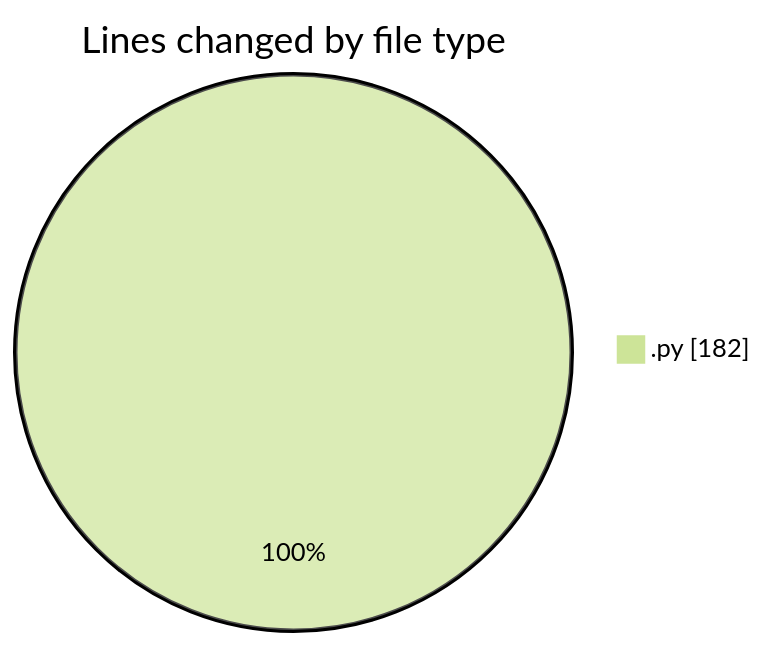
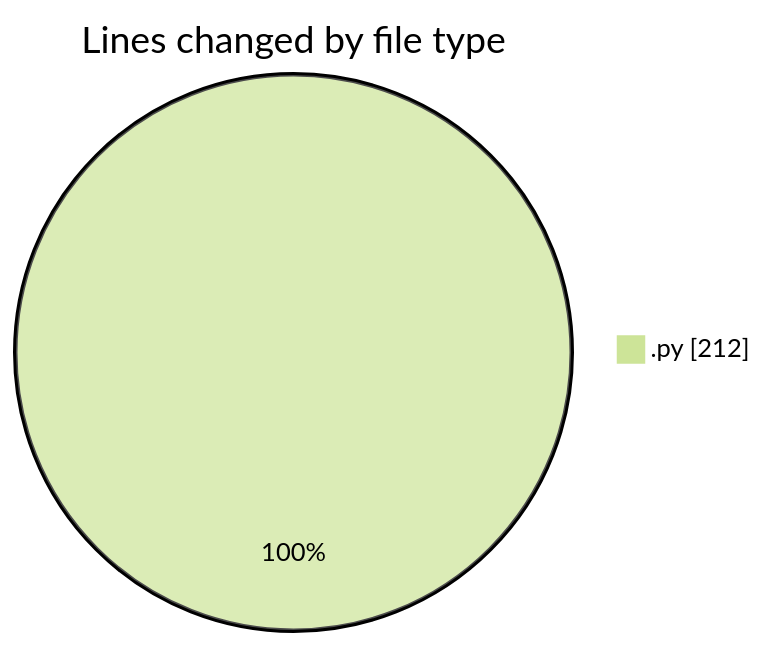
Before and after one commit to MatusMokan/code-tracking: the first of 2 diagrams in 2025-06-02/myws__workspace_/README.md, drawn with Mermaid (forest theme). The commit also changed other lines of this file and 1 other file, not shown here.

````diff
--- a/2025-06-02/myws__workspace_/README.md
+++ b/2025-06-02/myws__workspace_/README.md
@@ -20,5 +20,5 @@
 ```mermaid
 pie showData
 title Lines changed by file type
-".py" : 182
+".py" : 212
 ```
````
